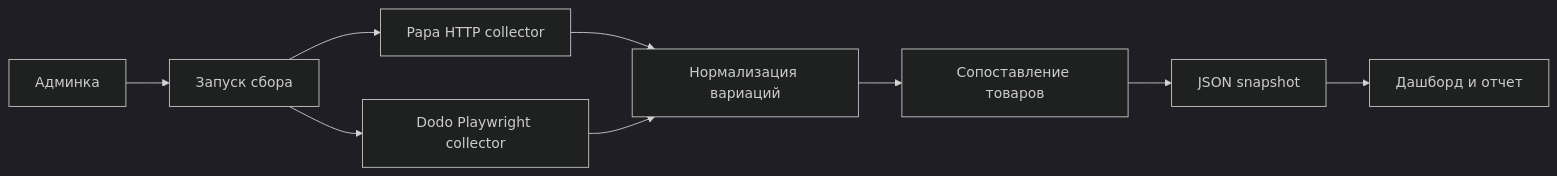
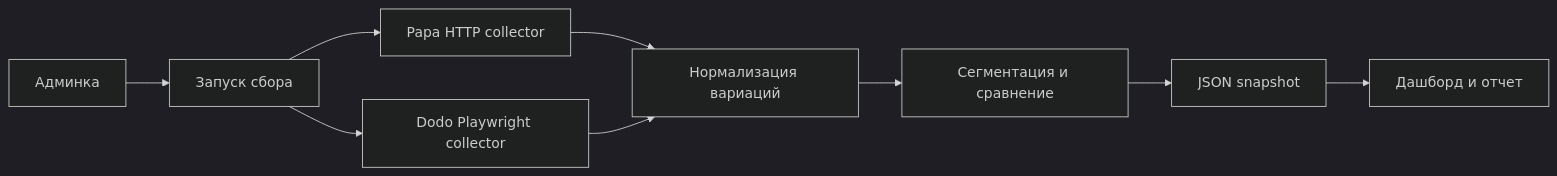
Before and after one commit to iliashenko-di/pizza-price-analytics-moscow: the diagram in REPORT.md, drawn with Mermaid (dark theme). The commit also changed other lines of this file and 3 other files, not shown here.

````diff
--- a/REPORT.md
+++ b/REPORT.md
@@ -215,11 +221,11 @@
 ```mermaid
 flowchart LR
   A["Админка"] --> B["Запуск сбора"]
   B --> C["Papa HTTP collector"]
   B --> D["Dodo Playwright collector"]
   C --> E["Нормализация вариаций"]
   D --> E
-  E --> F["Сопоставление товаров"]
+  E --> F["Сегментация и сравнение"]
   F --> G["JSON snapshot"]
   G --> H["Дашборд и отчет"]
 ```
````
